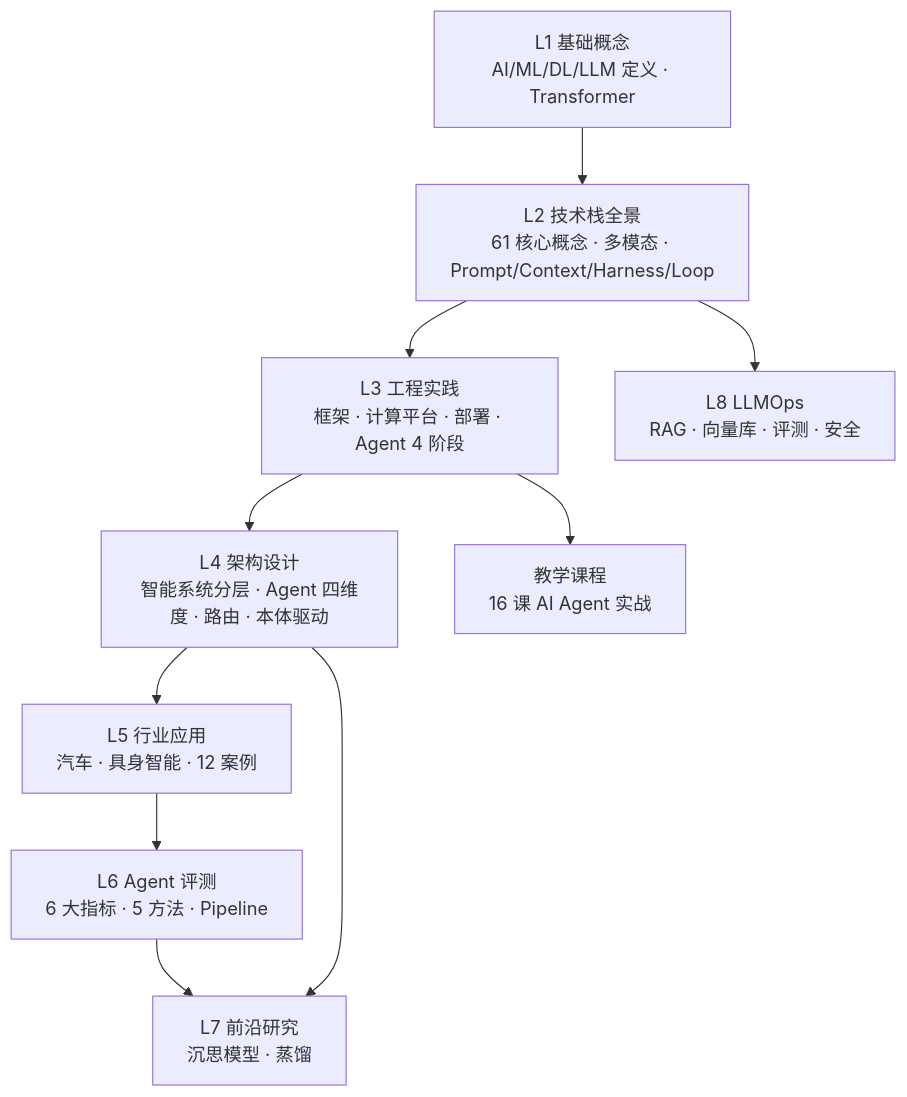
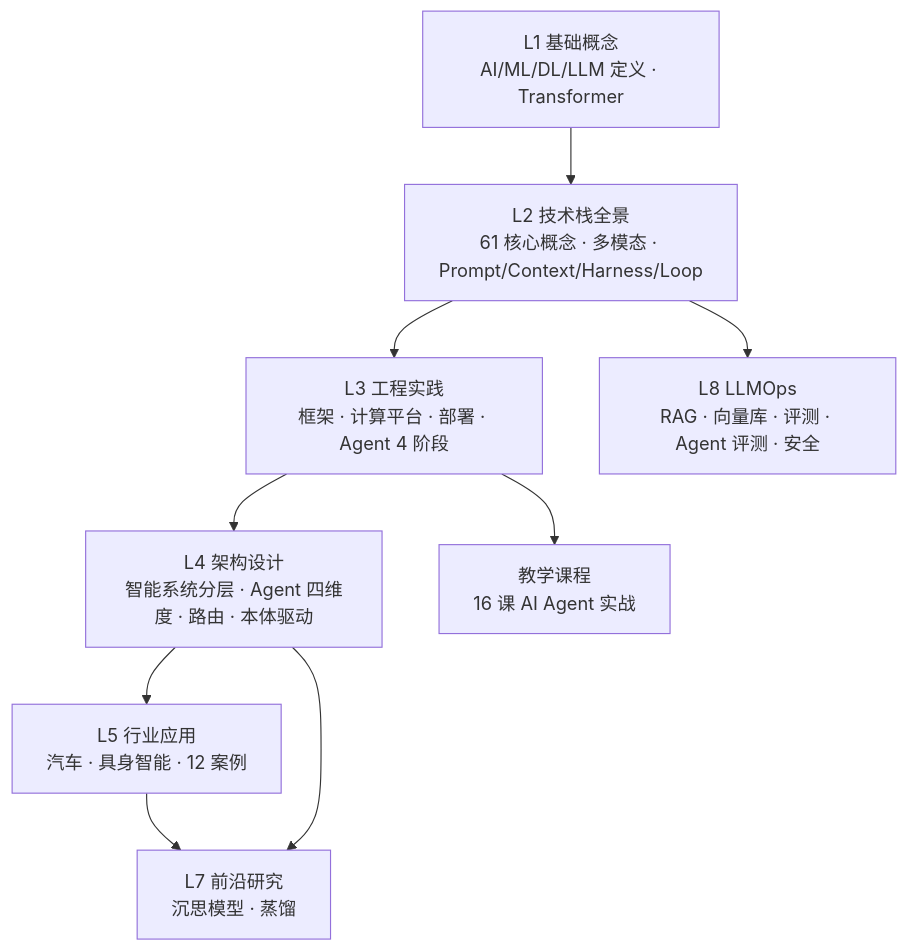
Before and after one commit to wb04307201/wb04307201: the diagram in note/11.ai/README.md, drawn with Mermaid. The commit also changed other lines of this file and 27 other files, not shown here.

First line of the commit message:
refactor(note): 11.ai - 合并 06-agent-evaluation 进 08-llmops

````diff
--- a/note/11.ai/README.md
+++ b/note/11.ai/README.md
@@ -44,12 +43,11 @@
 ```mermaid
 graph TD
     L1["L1 基础概念<br/>AI/ML/DL/LLM 定义 · Transformer"] --> L2["L2 技术栈全景<br/>61 核心概念 · 多模态 · Prompt/Context/Harness/Loop"]
     L2 --> L3["L3 工程实践<br/>框架 · 计算平台 · 部署 · Agent 4 阶段"]
     L3 --> L4["L4 架构设计<br/>智能系统分层 · Agent 四维度 · 路由 · 本体驱动"]
     L4 --> L5["L5 行业应用<br/>汽车 · 具身智能 · 12 案例"]
-    L5 --> L6["L6 Agent 评测<br/>6 大指标 · 5 方法 · Pipeline"]
-    L6 --> L7["L7 前沿研究<br/>沉思模型 · 蒸馏"]
+    L5 --> L7["L7 前沿研究<br/>沉思模型 · 蒸馏"]
     L4 --> L7
-    L2 --> L8["L8 LLMOps<br/>RAG · 向量库 · 评测 · 安全"]
+    L2 --> L8["L8 LLMOps<br/>RAG · 向量库 · 评测 · Agent 评测 · 安全"]
     L3 --> Training["教学课程<br/>16 课 AI Agent 实战"]
 ```
````
